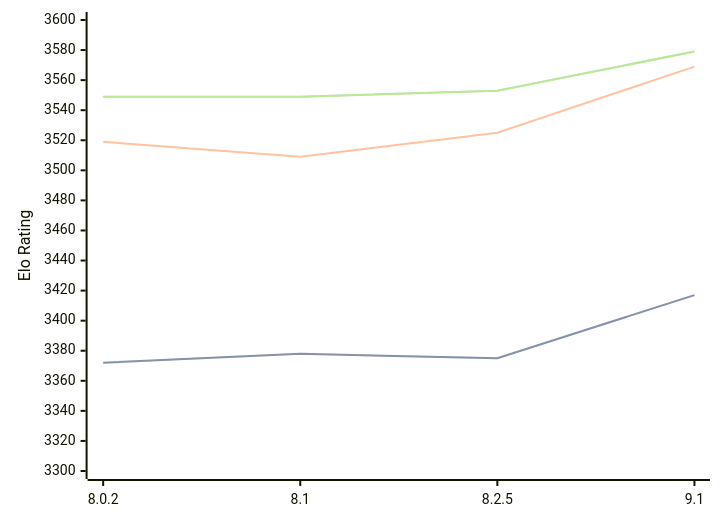
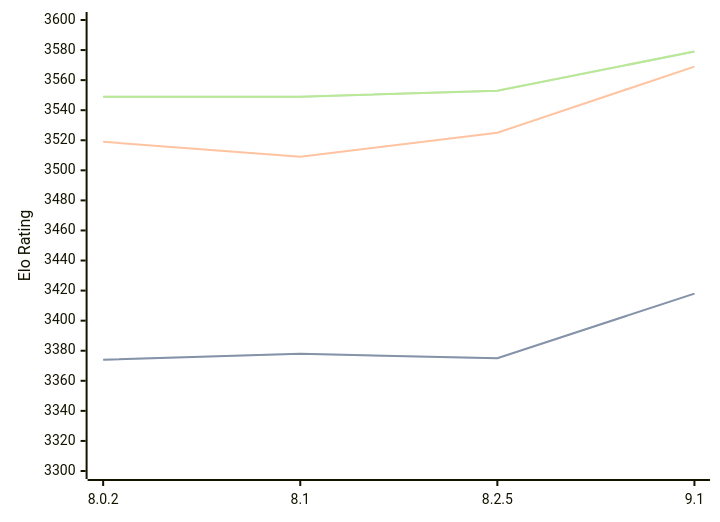
The diagram in engines/Clover.md (computer-chess-index/cci), drawn with Mermaid before and after one commit. The commit also changed other lines of this file, not shown here.

````diff
--- a/engines/Clover.md
+++ b/engines/Clover.md
@@ -62,11 +62,11 @@
 ```mermaid
 %%{init: {"theme":"base","themeVariables":{"seriesColors:['#a3a3a3','#222221','#faa371']}}}%%
 xychart-beta
   x-axis ["8.0.2", "8.1", "8.2.5", "9.1"]
   y-axis "Elo Rating" 3300 --> 3600
-  line "STC (8.0+0.08s)" [3372, 3378, 3375, 3417]
-  line "STC (8.0+0.08s)" [3372, 3378, 3375, 3417]
+  line "STC (8.0+0.08s)" [3374, 3378, 3375, 3418]
+  line "STC (8.0+0.08s)" [3374, 3378, 3375, 3418]
   line "LTC (60.0+0.60s)" [3519, 3509, 3525, 3569]
   line "VLTC (2m24s+1.12s)" [3549, 3549, 3553, 3579]
   line "VLTC (2m24s+1.12s)" [3549, 3549, 3553, 3579]
 ```
````
